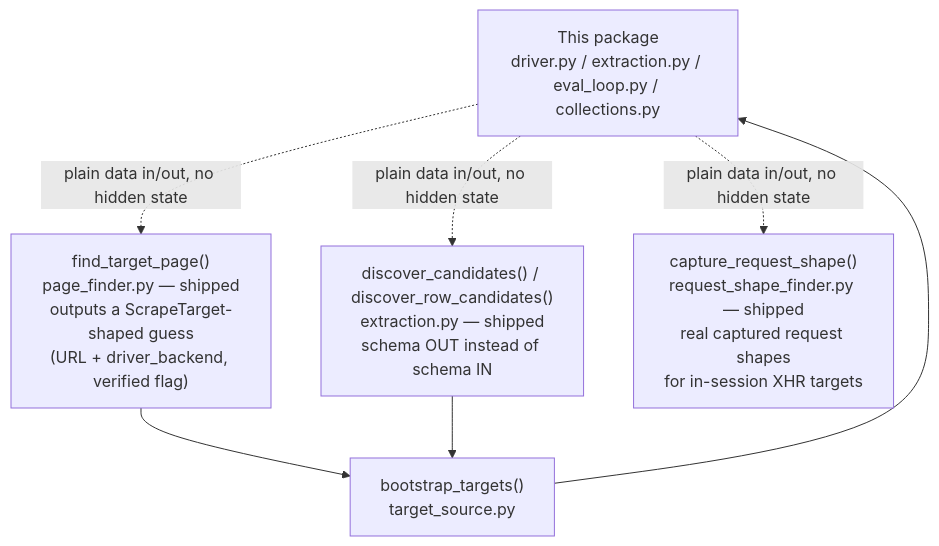
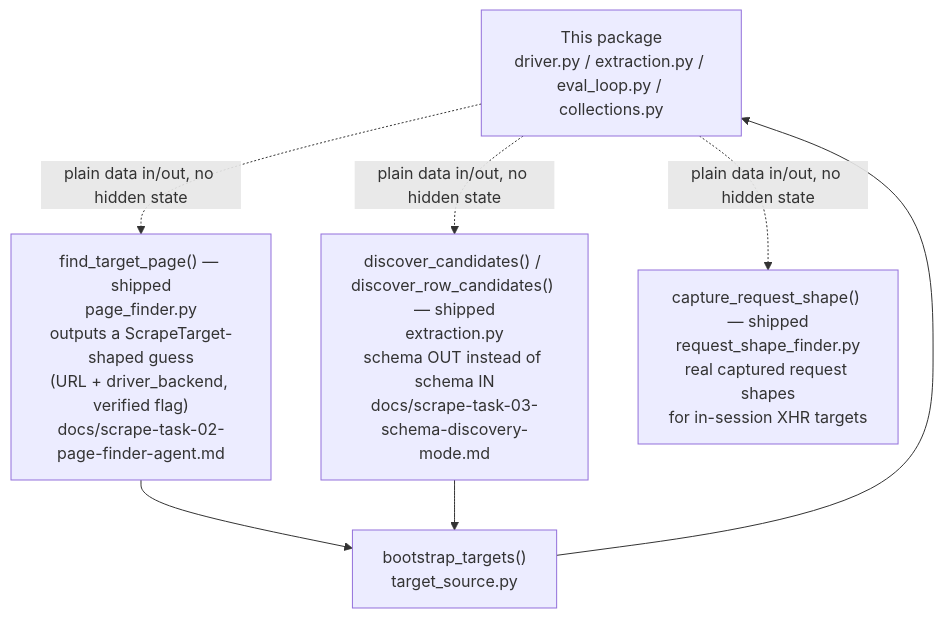
Before and after one commit to pacepace/3tears: the third of 3 diagrams in packages/scrape/README.md, drawn with Mermaid. The commit also changed other lines of this file and 8 other files, not shown here.

````diff
--- a/packages/scrape/README.md
+++ b/packages/scrape/README.md
@@ -148,13 +148,13 @@
 ```mermaid
 flowchart TD
     Core["This package<br/>driver.py / extraction.py / eval_loop.py / collections.py"]
-    T02["find_target_page()<br/>page_finder.py — shipped<br/>outputs a ScrapeTarget-shaped guess<br/>(URL + driver_backend, verified flag)"]
-    T03["discover_candidates() / discover_row_candidates()<br/>extraction.py — shipped<br/>schema OUT instead of schema IN"]
-    T04["capture_request_shape()<br/>request_shape_finder.py — shipped<br/>real captured request shapes<br/>for in-session XHR targets"]
+    T02["find_target_page() — shipped<br/>page_finder.py<br/>outputs a ScrapeTarget-shaped guess<br/>(URL + driver_backend, verified flag)<br/>docs/scrape-task-02-page-finder-agent.md"]
+    T03["discover_candidates() / discover_row_candidates() — shipped<br/>extraction.py<br/>schema OUT instead of schema IN<br/>docs/scrape-task-03-schema-discovery-mode.md"]
+    T04["capture_request_shape() — shipped<br/>request_shape_finder.py<br/>real captured request shapes<br/>for in-session XHR targets"]
     Core -.plain data in/out, no hidden state.-> T02
     Core -.plain data in/out, no hidden state.-> T03
     Core -.plain data in/out, no hidden state.-> T04
     T02 --> BT["bootstrap_targets()<br/>target_source.py"]
     T03 --> BT
     BT --> Core
 ```
````
